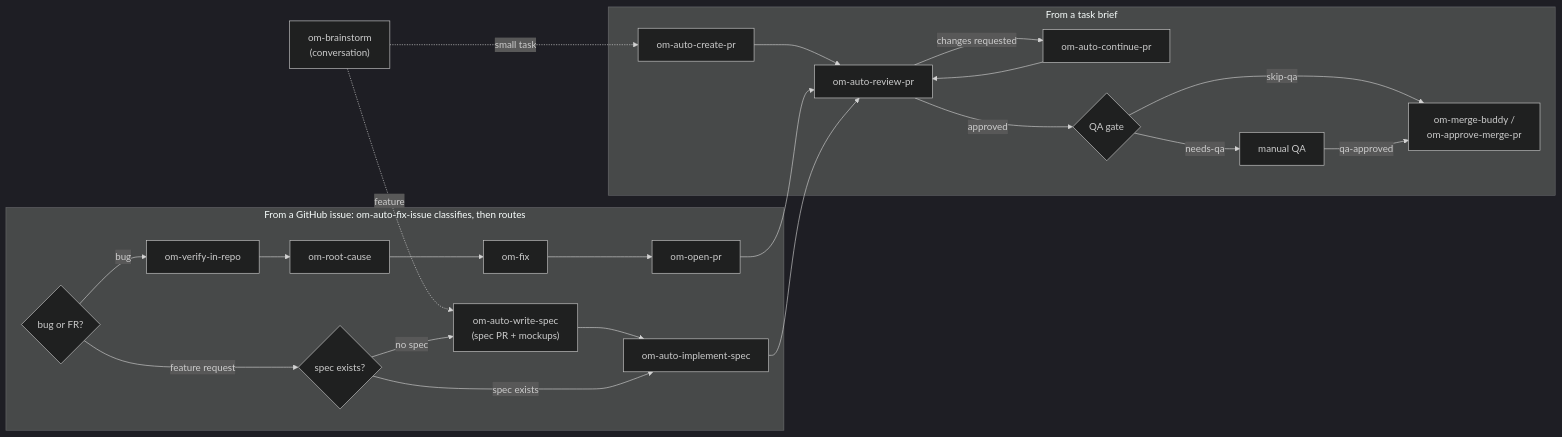
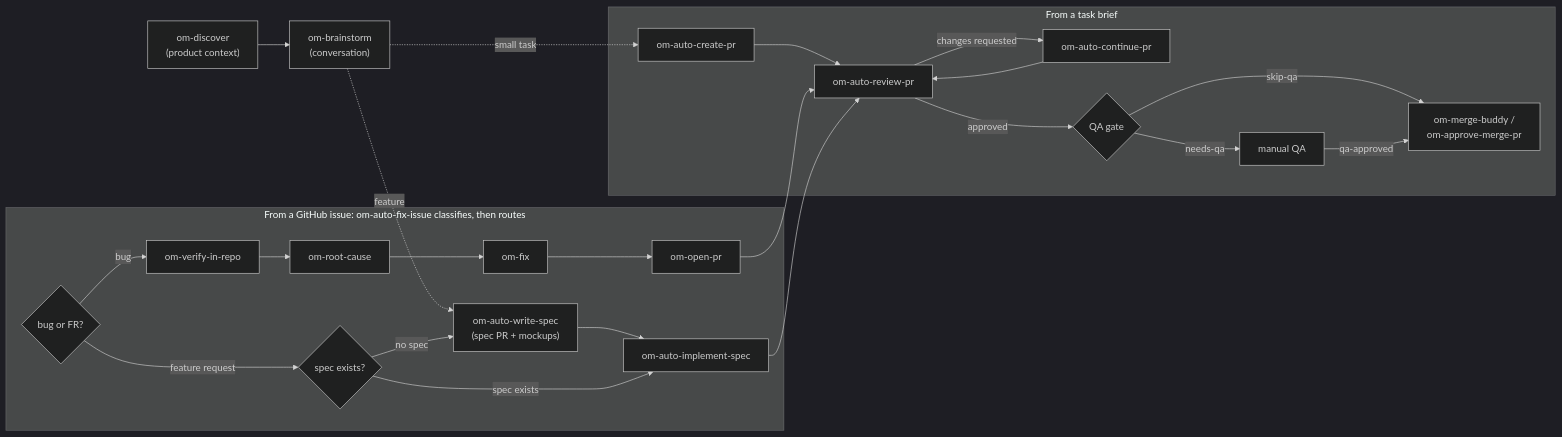
Before and after one commit to open-mercato/skills: the diagram in README.md, drawn with Mermaid (dark theme). The commit also changed 15 other files, not shown here.

````diff
--- a/README.md
+++ b/README.md
@@ -101,27 +101,28 @@
 ```mermaid
 flowchart LR
+    discover["om-discover<br/>(product context)"] --> brainstorm
     brainstorm["om-brainstorm<br/>(conversation)"] -. "small task" .-> createPR
     brainstorm -. "feature" .-> writeSpec
     subgraph brief ["From a task brief"]
         createPR["om-auto-create-pr"] --> reviewPR["om-auto-review-pr"]
         reviewPR -- "changes requested" --> continuePR["om-auto-continue-pr"]
         continuePR --> reviewPR
         reviewPR -- "approved" --> qaGate{"QA gate"}
         qaGate -- "skip-qa" --> mergePR["om-merge-buddy /<br/>om-approve-merge-pr"]
         qaGate -- "needs-qa" --> manualQA["manual QA"]
         manualQA -- "qa-approved" --> mergePR
     end
     subgraph issue ["From a GitHub issue: om-auto-fix-issue classifies, then routes"]
         classify{"bug or FR?"}
         classify -- "bug" --> verifyStep["om-verify-in-repo"]
         verifyStep --> rootCause["om-root-cause"]
         rootCause --> applyFix["om-fix"]
         applyFix --> openPR["om-open-pr"]
         classify -- "feature request" --> specExists{"spec exists?"}
         specExists -- "no spec" --> writeSpec["om-auto-write-spec<br/>(spec PR + mockups)"]
         writeSpec --> implementSpec["om-auto-implement-spec"]
         specExists -- "spec exists" --> implementSpec
     end
     openPR --> reviewPR
     implementSpec --> reviewPR
 ```
````
